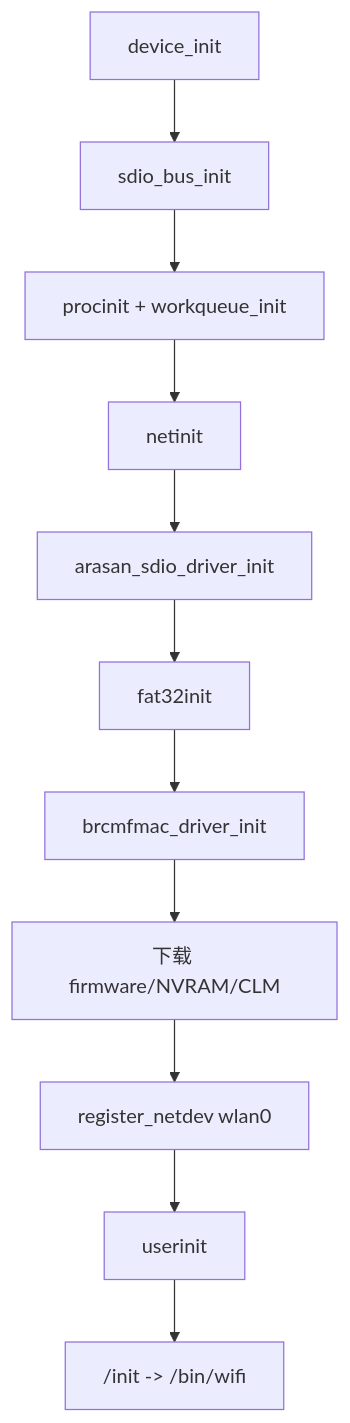
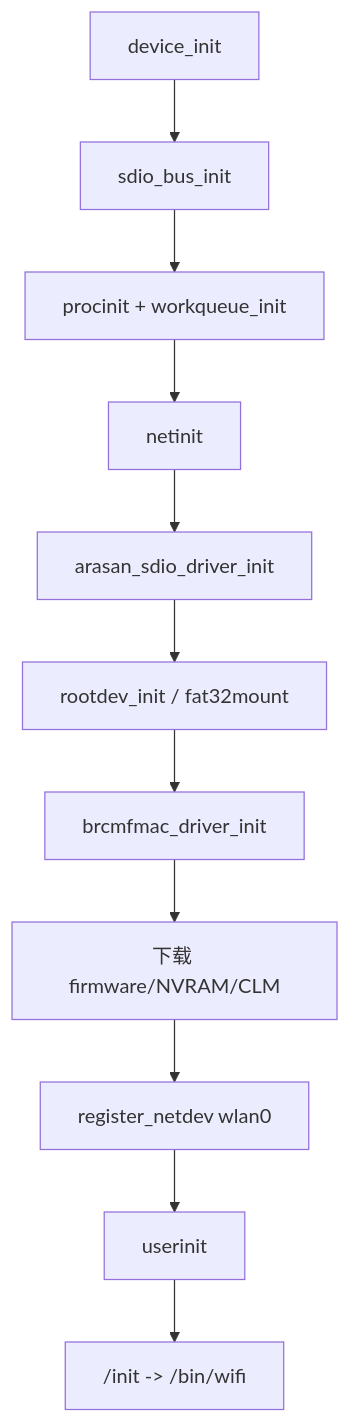
Diagram 13 of 14 in readme/readme_sdio_wifi.md (jimingkang/xv6-aarch64), drawn with Mermaid before and after one commit. The commit also changed other lines of this file and 40 other files, not shown here.

````diff
--- a/readme/readme_sdio_wifi.md
+++ b/readme/readme_sdio_wifi.md
@@ -415,13 +415,13 @@
 ```mermaid
 flowchart TD
     A["device_init"] --> B["sdio_bus_init"]
     B --> P["procinit + workqueue_init"]
     P --> C["netinit"]
     C --> D["arasan_sdio_driver_init"]
-    D --> E["fat32init"]
+    D --> E["rootdev_init / fat32mount"]
     E --> F["brcmfmac_driver_init"]
     F --> G["下载 firmware/NVRAM/CLM"]
     G --> H["register_netdev wlan0"]
     H --> I["userinit"]
     I --> J["/init -> /bin/wifi"]
 ```
````
